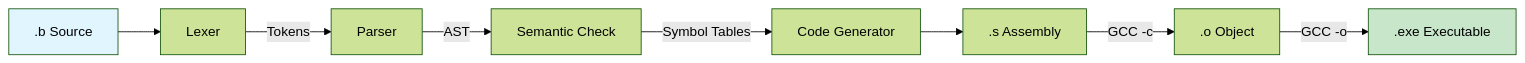
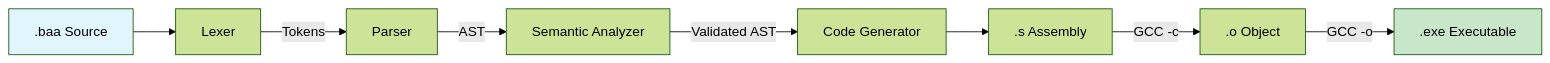
The diagram in docs/INTERNALS.md (OmarAglan/Baa), drawn with Mermaid (forest theme) before and after one commit. The commit also changed other lines of this file and 14 other files, not shown here.

First line of the commit message:
Add semantic analysis pass and migrate to .baa extension

````diff
--- a/docs/INTERNALS.md
+++ b/docs/INTERNALS.md
@@ -32,13 +32,13 @@
 ```mermaid
 flowchart LR
-    A[".b Source"] --> B["Lexer"]
+    A[".baa Source"] --> B["Lexer"]
     B -->|Tokens| C["Parser"]
-    C -->|AST| D["Semantic Check"]
-    D -->|Symbol Tables| E["Code Generator"]
+    C -->|AST| D["Semantic Analyzer"]
+    D -->|Validated AST| E["Code Generator"]
     E --> F[".s Assembly"]
     F -->|GCC -c| G[".o Object"]
     G -->|GCC -o| H[".exe Executable"]
     
     style A fill:#e1f5fe
     style H fill:#c8e6c9
 ```
````
